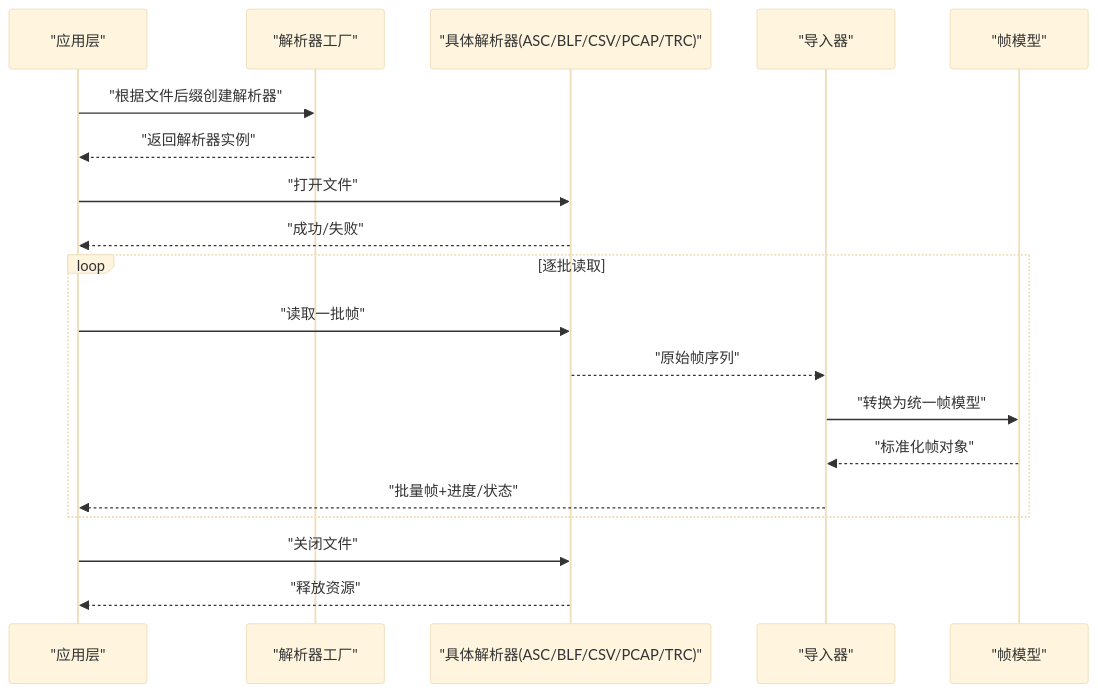
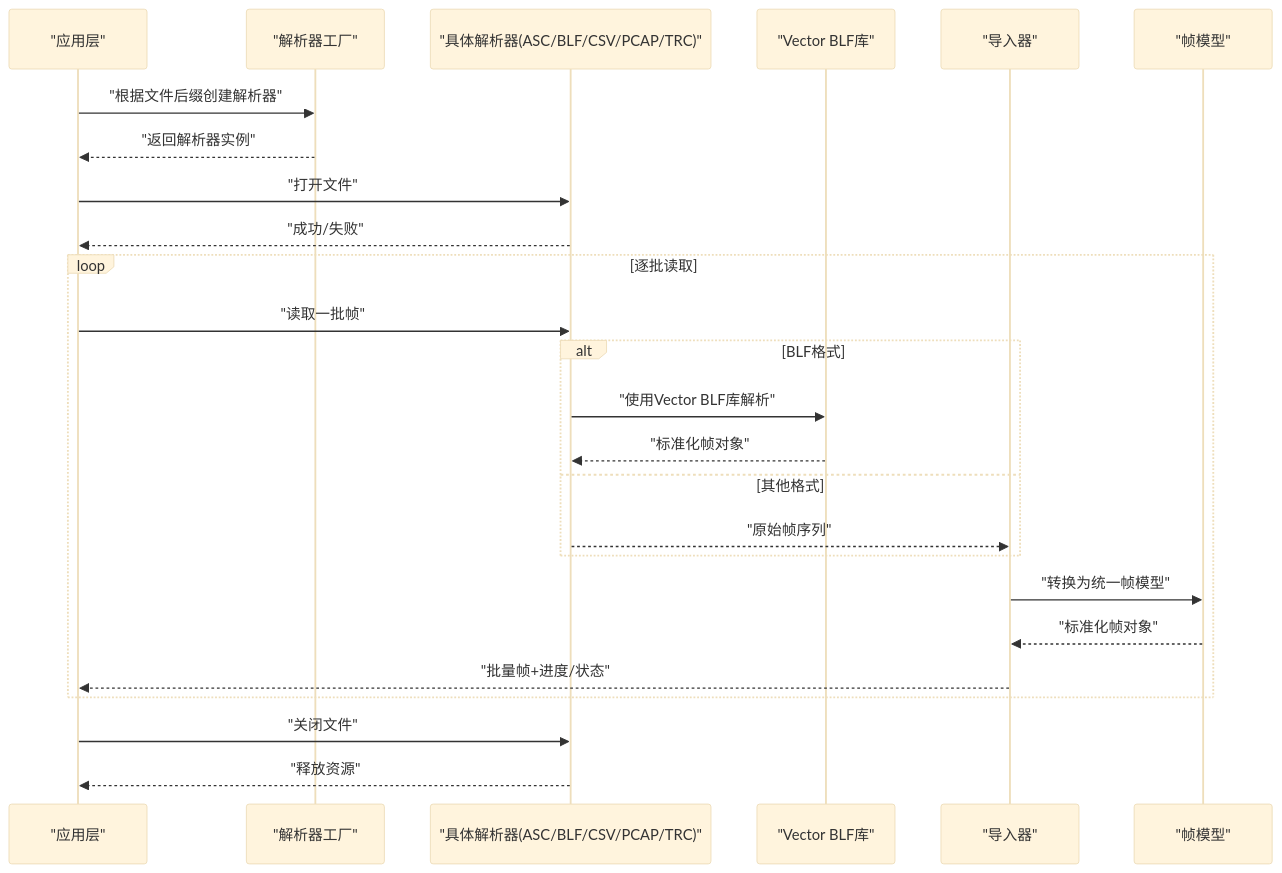
Before and after one commit to jakecai1225-design/OpenBus: the second of 11 diagrams in .qoder/repowiki/zh/content/核心模块详解/CAN文件IO系统.md, drawn with Mermaid (base theme). The commit also changed other lines of this file and 38 other files, not shown here.

````diff
--- a/.qoder/repowiki/zh/content/核心模块详解/CAN文件IO系统.md
+++ b/.qoder/repowiki/zh/content/核心模块详解/CAN文件IO系统.md
@@ -124,21 +140,27 @@
 ```mermaid
 sequenceDiagram
 participant App as "应用层"
 participant Factory as "解析器工厂"
 participant Reader as "具体解析器(ASC/BLF/CSV/PCAP/TRC)"
+participant VectorBLF as "Vector BLF库"
 participant Importer as "导入器"
 participant Model as "帧模型"
 App->>Factory : "根据文件后缀创建解析器"
 Factory-->>App : "返回解析器实例"
 App->>Reader : "打开文件"
 Reader-->>App : "成功/失败"
 loop 逐批读取
 App->>Reader : "读取一批帧"
+alt BLF格式
+Reader->>VectorBLF : "使用Vector BLF库解析"
+VectorBLF-->>Reader : "标准化帧对象"
+else 其他格式
 Reader-->>Importer : "原始帧序列"
+end
 Importer->>Model : "转换为统一帧模型"
 Model-->>Importer : "标准化帧对象"
 Importer-->>App : "批量帧+进度/状态"
 end
 App->>Reader : "关闭文件"
 Reader-->>App : "释放资源"
 ```
````
